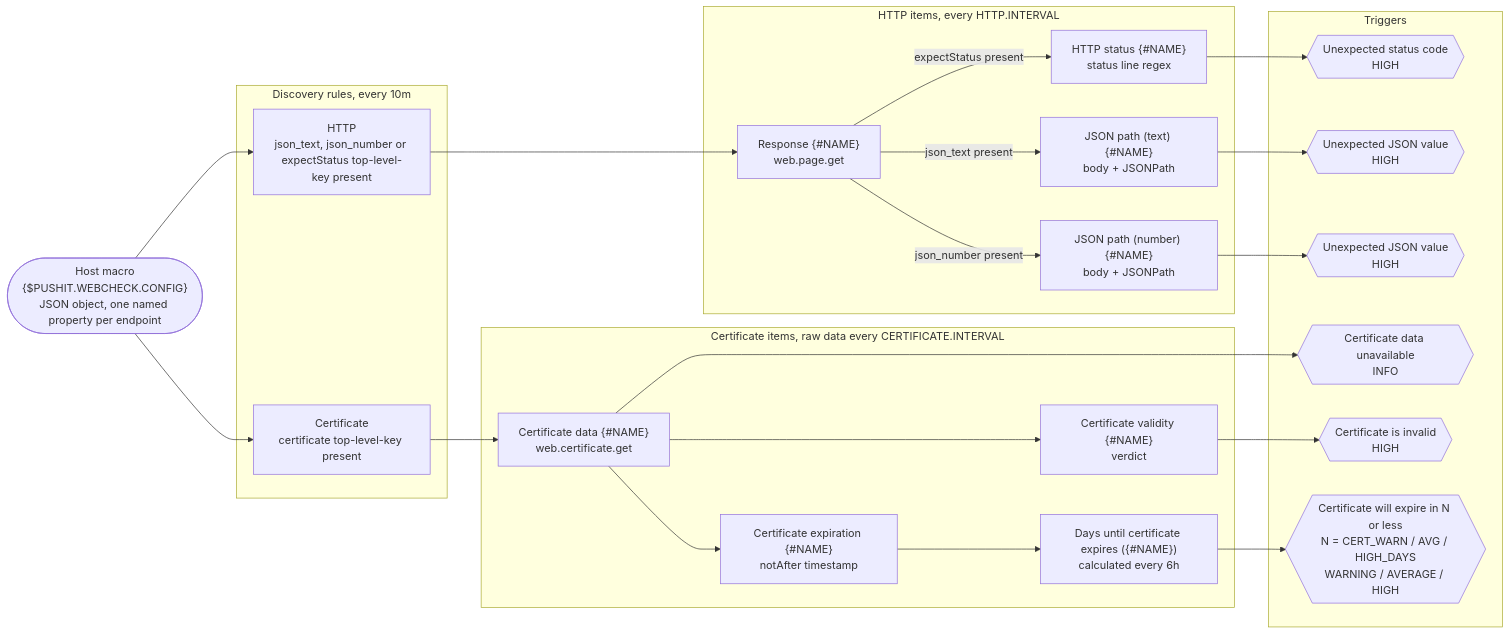
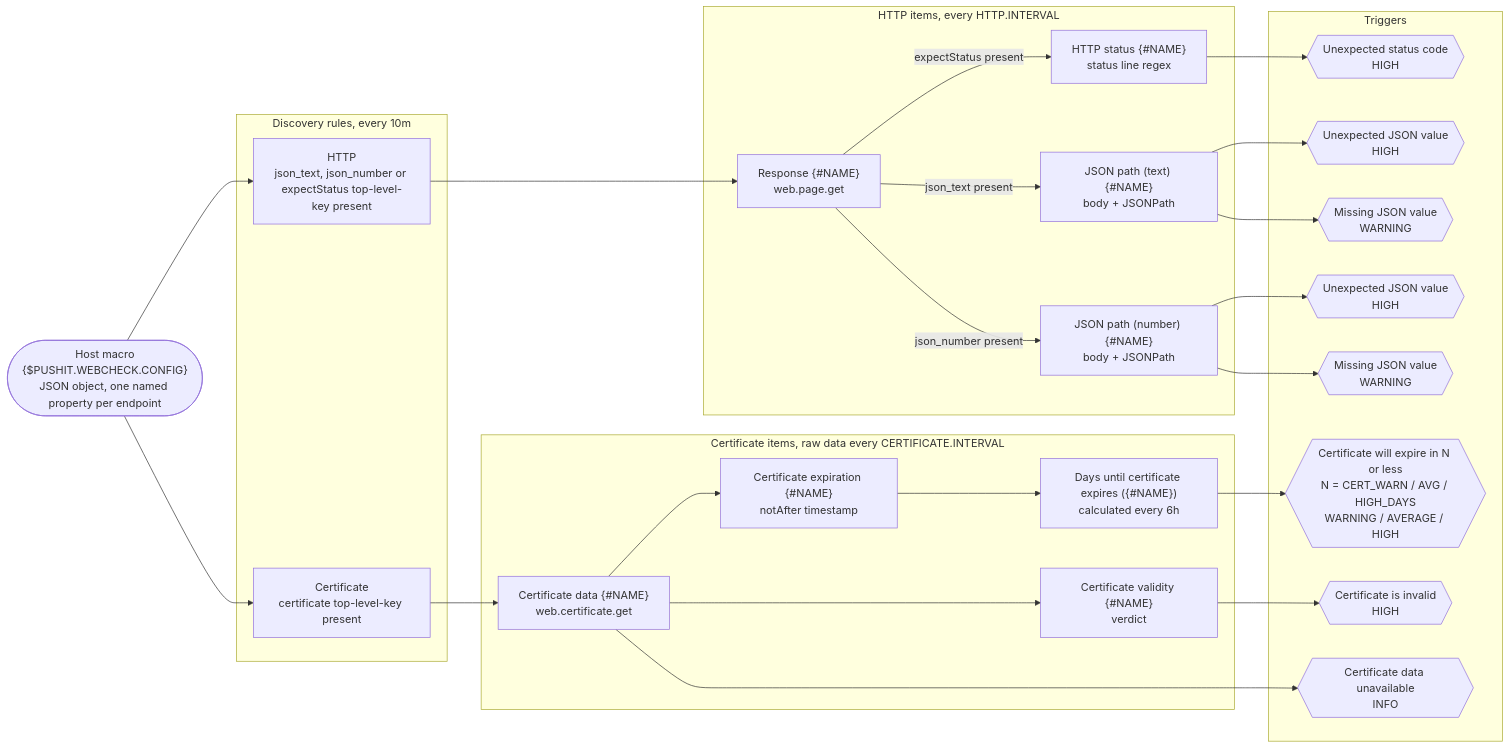
Before and after one commit to we-push-it/zabbix-web-check: the diagram in README.md, drawn with Mermaid. The commit also changed other lines of this file and 2 other files, not shown here.

````diff
--- a/README.md
+++ b/README.md
@@ -52,47 +52,49 @@
 ```mermaid
 flowchart LR
     CFG(["Host macro<br/>{$PUSHIT.WEBCHECK.CONFIG}<br/>JSON object, one named property per endpoint"])
 
     subgraph LLD ["Discovery rules, every 10m"]
         DH["HTTP<br/>json_text, json_number or expectStatus top-level-key present"]
         DC["Certificate<br/>certificate top-level-key present"]
     end
 
     subgraph HI ["HTTP items, every HTTP.INTERVAL"]
         RAW["Response {#NAME}<br/>web.page.get"]
         ST["HTTP status {#NAME}<br/>status line regex"]
         JP["JSON path (text) {#NAME}<br/>body + JSONPath"]
         JP_num["JSON path (number) {#NAME}<br/>body + JSONPath"]
     end
 
     subgraph CI ["Certificate items, raw data every CERTIFICATE.INTERVAL"]
         CRAW["Certificate data {#NAME}<br/>web.certificate.get"]
         NA["Certificate expiration {#NAME}<br/>notAfter timestamp"]
         VAL["Certificate validity {#NAME}<br/>verdict"]
         DAYS["Days until certificate expires ({#NAME})<br/>calculated every 6h"]
     end
 
     subgraph TRG ["Triggers"]
         T1{{"Unexpected status code<br/>HIGH"}}
         T2{{"Unexpected JSON value<br/>HIGH"}}
         T6{{"Unexpected JSON value<br/>HIGH"}}
+        T7{{"Missing JSON value<br/>WARNING"}}
+        T8{{"Missing JSON value<br/>WARNING"}}
         T3{{"Certificate data unavailable<br/>INFO"}}
         T4{{"Certificate is invalid<br/>HIGH"}}
         T5{{"Certificate will expire in N or less<br/>N = CERT_WARN / AVG / HIGH_DAYS<br/>WARNING / AVERAGE / HIGH"}}
     end
 
     CFG --> DH & DC
     DH --> RAW
     RAW -->|expectStatus present| ST
     RAW -->|json_text present| JP
     RAW -->|json_number present| JP_num
     DC --> CRAW
     CRAW --> NA & VAL
     NA --> DAYS
     ST --> T1
-    JP --> T2
+    JP --> T2 & T7
     CRAW --> T3
     VAL --> T4
     DAYS --> T5
-    JP_num --> T6
+    JP_num --> T6 & T8
 ```
````
